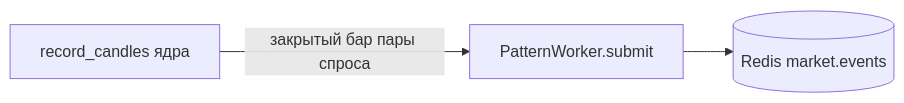
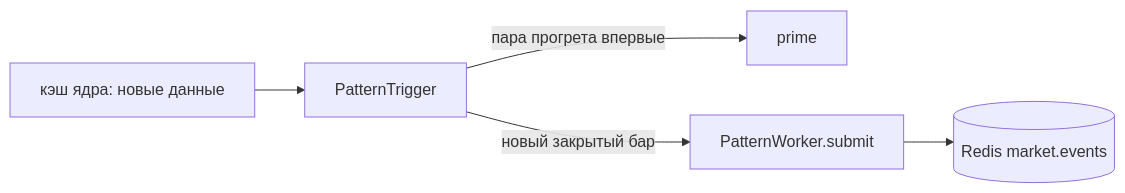
The third of 3 diagrams in openspec/changes/add-contour-market-feed/design.md (vladilenao/My_roBot), drawn with Mermaid before and after one commit. The commit also changed other lines of this file and 40 other files, not shown here.

````diff
--- a/openspec/changes/add-contour-market-feed/design.md
+++ b/openspec/changes/add-contour-market-feed/design.md
@@ -184,5 +191,7 @@
 ```mermaid
 flowchart LR
-    A[record_candles ядра] -->|закрытый бар пары спроса| Q[PatternWorker.submit]
+    A[кэш ядра: новые данные] --> T[PatternTrigger]
+    T -->|пара прогрета впервые| P[prime]
+    T -->|новый закрытый бар| Q[PatternWorker.submit]
     Q --> R[(Redis market.events)]
 ```
````
